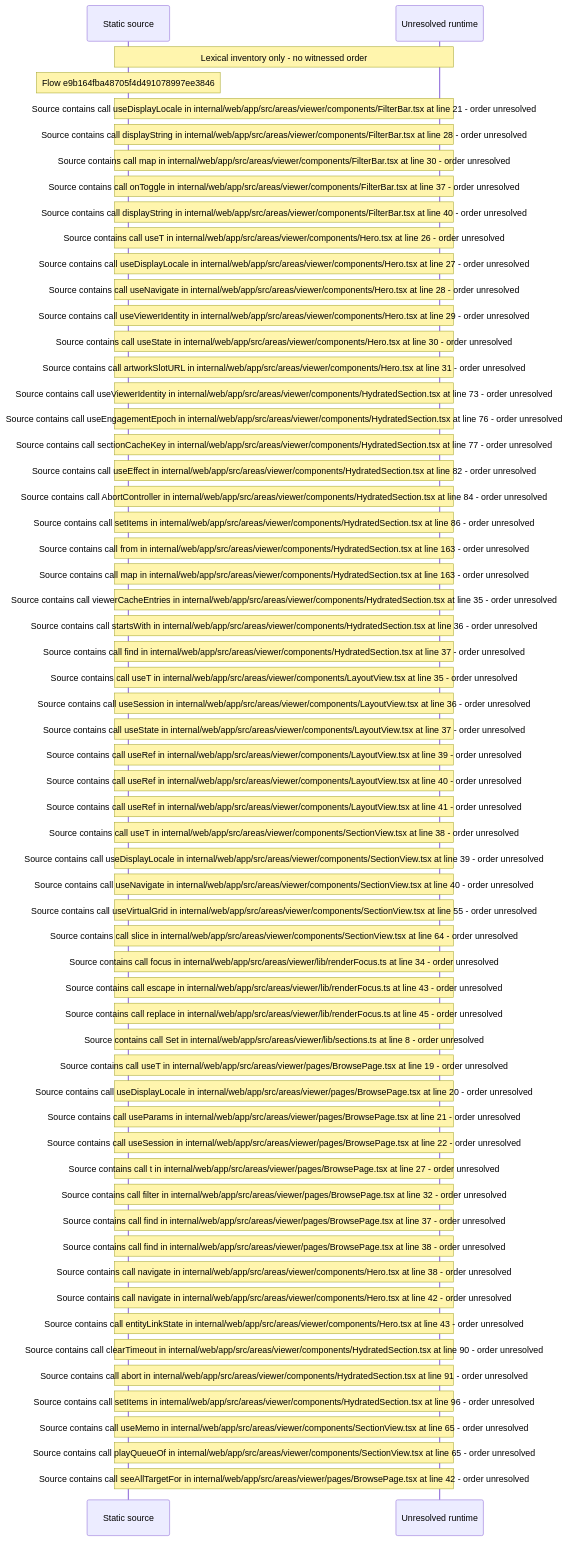
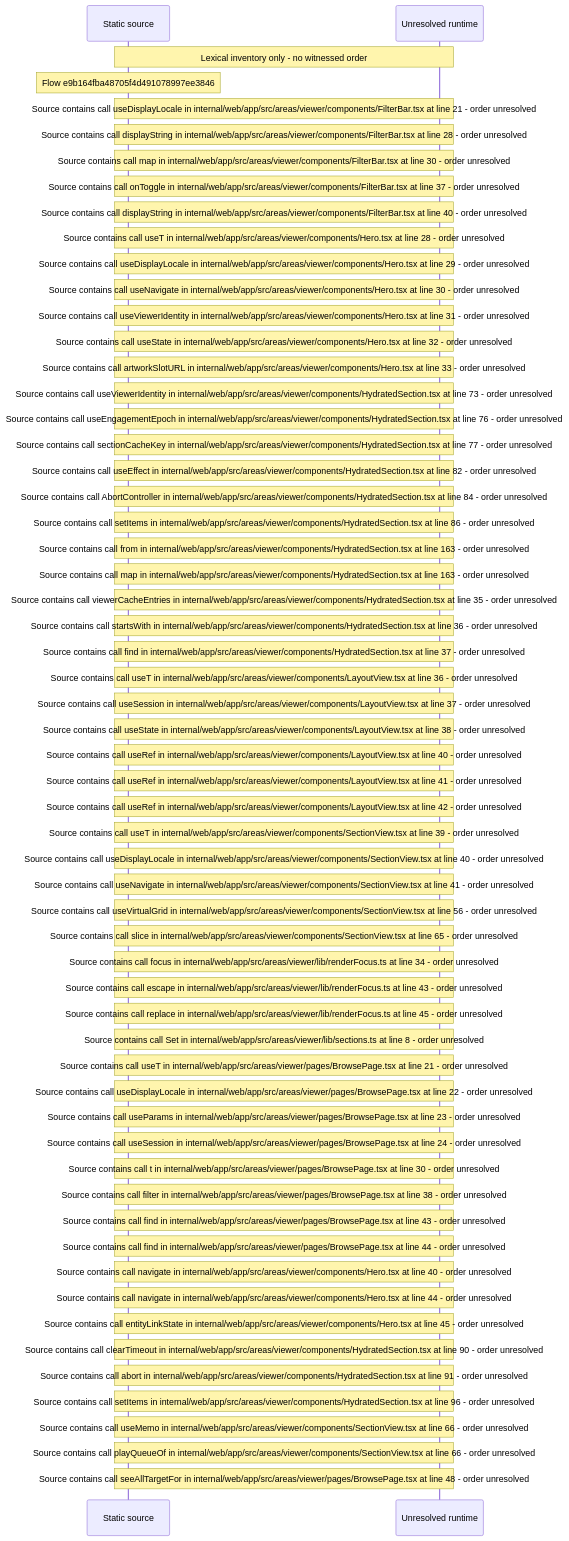
One commit to beamfall/core changed the diagram in docs/web/flows/generated/e9b164fba48705f4d491078997ee3846/flow-diagram.md. Above: the diagram before and after it, drawn with Mermaid. The commit also changed other lines of this file and 715 other files, not shown here.

First line of the commit message:
Regenerate the web flow record on main after CORE-1117

````diff
--- a/docs/web/flows/generated/e9b164fba48705f4d491078997ee3846/flow-diagram.md
+++ b/docs/web/flows/generated/e9b164fba48705f4d491078997ee3846/flow-diagram.md
@@ -10,61 +10,61 @@
 ```mermaid
 sequenceDiagram
     participant S as Static source
     participant U as Unresolved runtime
     Note over S,U: Lexical inventory only - no witnessed order
     Note over S: Flow e9b164fba48705f4d491078997ee3846
     Note over S,U: Source contains call useDisplayLocale in internal/web/app/src/areas/viewer/components/FilterBar.tsx at line 21 - order unresolved
     Note over S,U: Source contains call displayString in internal/web/app/src/areas/viewer/components/FilterBar.tsx at line 28 - order unresolved
     Note over S,U: Source contains call map in internal/web/app/src/areas/viewer/components/FilterBar.tsx at line 30 - order unresolved
     Note over S,U: Source contains call onToggle in internal/web/app/src/areas/viewer/components/FilterBar.tsx at line 37 - order unresolved
     Note over S,U: Source contains call displayString in internal/web/app/src/areas/viewer/components/FilterBar.tsx at line 40 - order unresolved
-    Note over S,U: Source contains call useT in internal/web/app/src/areas/viewer/components/Hero.tsx at line 26 - order unresolved
-    Note over S,U: Source contains call useDisplayLocale in internal/web/app/src/areas/viewer/components/Hero.tsx at line 27 - order unresolved
-    Note over S,U: Source contains call useNavigate in internal/web/app/src/areas/viewer/components/Hero.tsx at line 28 - order unresolved
-    Note over S,U: Source contains call useViewerIdentity in internal/web/app/src/areas/viewer/components/Hero.tsx at line 29 - order unresolved
-    Note over S,U: Source contains call useState in internal/web/app/src/areas/viewer/components/Hero.tsx at line 30 - order unresolved
-    Note over S,U: Source contains call artworkSlotURL in internal/web/app/src/areas/viewer/components/Hero.tsx at line 31 - order unresolved
+    Note over S,U: Source contains call useT in internal/web/app/src/areas/viewer/components/Hero.tsx at line 28 - order unresolved
+    Note over S,U: Source contains call useDisplayLocale in internal/web/app/src/areas/viewer/components/Hero.tsx at line 29 - order unresolved
+    Note over S,U: Source contains call useNavigate in internal/web/app/src/areas/viewer/components/Hero.tsx at line 30 - order unresolved
+    Note over S,U: Source contains call useViewerIdentity in internal/web/app/src/areas/viewer/components/Hero.tsx at line 31 - order unresolved
+    Note over S,U: Source contains call useState in internal/web/app/src/areas/viewer/components/Hero.tsx at line 32 - order unresolved
+    Note over S,U: Source contains call artworkSlotURL in internal/web/app/src/areas/viewer/components/Hero.tsx at line 33 - order unresolved
     Note over S,U: Source contains call useViewerIdentity in internal/web/app/src/areas/viewer/components/HydratedSection.tsx at line 73 - order unresolved
     Note over S,U: Source contains call useEngagementEpoch in internal/web/app/src/areas/viewer/components/HydratedSection.tsx at line 76 - order unresolved
     Note over S,U: Source contains call sectionCacheKey in internal/web/app/src/areas/viewer/components/HydratedSection.tsx at line 77 - order unresolved
     Note over S,U: Source contains call useEffect in internal/web/app/src/areas/viewer/components/HydratedSection.tsx at line 82 - order unresolved
     Note over S,U: Source contains call AbortController in internal/web/app/src/areas/viewer/components/HydratedSection.tsx at line 84 - order unresolved
     Note over S,U: Source contains call setItems in internal/web/app/src/areas/viewer/components/HydratedSection.tsx at line 86 - order unresolved
     Note over S,U: Source contains call from in internal/web/app/src/areas/viewer/components/HydratedSection.tsx at line 163 - order unresolved
     Note over S,U: Source contains call map in internal/web/app/src/areas/viewer/components/HydratedSection.tsx at line 163 - order unresolved
     Note over S,U: Source contains call viewerCacheEntries in internal/web/app/src/areas/viewer/components/HydratedSection.tsx at line 35 - order unresolved
     Note over S,U: Source contains call startsWith in internal/web/app/src/areas/viewer/components/HydratedSection.tsx at line 36 - order unresolved
     Note over S,U: Source contains call find in internal/web/app/src/areas/viewer/components/HydratedSection.tsx at line 37 - order unresolved
-    Note over S,U: Source contains call useT in internal/web/app/src/areas/viewer/components/LayoutView.tsx at line 35 - order unresolved
-    Note over S,U: Source contains call useSession in internal/web/app/src/areas/viewer/components/LayoutView.tsx at line 36 - order unresolved
-    Note over S,U: Source contains call useState in internal/web/app/src/areas/viewer/components/LayoutView.tsx at line 37 - order unresolved
-    Note over S,U: Source contains call useRef in internal/web/app/src/areas/viewer/components/LayoutView.tsx at line 39 - order unresolved
+    Note over S,U: Source contains call useT in internal/web/app/src/areas/viewer/components/LayoutView.tsx at line 36 - order unresolved
+    Note over S,U: Source contains call useSession in internal/web/app/src/areas/viewer/components/LayoutView.tsx at line 37 - order unresolved
+    Note over S,U: Source contains call useState in internal/web/app/src/areas/viewer/components/LayoutView.tsx at line 38 - order unresolved
     Note over S,U: Source contains call useRef in internal/web/app/src/areas/viewer/components/LayoutView.tsx at line 40 - order unresolved
     Note over S,U: Source contains call useRef in internal/web/app/src/areas/viewer/components/LayoutView.tsx at line 41 - order unresolved
-    Note over S,U: Source contains call useT in internal/web/app/src/areas/viewer/components/SectionView.tsx at line 38 - order unresolved
-    Note over S,U: Source contains call useDisplayLocale in internal/web/app/src/areas/viewer/components/SectionView.tsx at line 39 - order unresolved
-    Note over S,U: Source contains call useNavigate in internal/web/app/src/areas/viewer/components/SectionView.tsx at line 40 - order unresolved
-    Note over S,U: Source contains call useVirtualGrid in internal/web/app/src/areas/viewer/components/SectionView.tsx at line 55 - order unresolved
-    Note over S,U: Source contains call slice in internal/web/app/src/areas/viewer/components/SectionView.tsx at line 64 - order unresolved
+    Note over S,U: Source contains call useRef in internal/web/app/src/areas/viewer/components/LayoutView.tsx at line 42 - order unresolved
+    Note over S,U: Source contains call useT in internal/web/app/src/areas/viewer/components/SectionView.tsx at line 39 - order unresolved
+    Note over S,U: Source contains call useDisplayLocale in internal/web/app/src/areas/viewer/components/SectionView.tsx at line 40 - order unresolved
+    Note over S,U: Source contains call useNavigate in internal/web/app/src/areas/viewer/components/SectionView.tsx at line 41 - order unresolved
+    Note over S,U: Source contains call useVirtualGrid in internal/web/app/src/areas/viewer/components/SectionView.tsx at line 56 - order unresolved
+    Note over S,U: Source contains call slice in internal/web/app/src/areas/viewer/components/SectionView.tsx at line 65 - order unresolved
     Note over S,U: Source contains call focus in internal/web/app/src/areas/viewer/lib/renderFocus.ts at line 34 - order unresolved
     Note over S,U: Source contains call escape in internal/web/app/src/areas/viewer/lib/renderFocus.ts at line 43 - order unresolved
     Note over S,U: Source contains call replace in internal/web/app/src/areas/viewer/lib/renderFocus.ts at line 45 - order unresolved
     Note over S,U: Source contains call Set in internal/web/app/src/areas/viewer/lib/sections.ts at line 8 - order unresolved
-    Note over S,U: Source contains call useT in internal/web/app/src/areas/viewer/pages/BrowsePage.tsx at line 19 - order unresolved
-    Note over S,U: Source contains call useDisplayLocale in internal/web/app/src/areas/viewer/pages/BrowsePage.tsx at line 20 - order unresolved
-    Note over S,U: Source contains call useParams in internal/web/app/src/areas/viewer/pages/BrowsePage.tsx at line 21 - order unresolved
-    Note over S,U: Source contains call useSession in internal/web/app/src/areas/viewer/pages/BrowsePage.tsx at line 22 - order unresolved
-    Note over S,U: Source contains call t in internal/web/app/src/areas/viewer/pages/BrowsePage.tsx at line 27 - order unresolved
-    Note over S,U: Source contains call filter in internal/web/app/src/areas/viewer/pages/BrowsePage.tsx at line 32 - order unresolved
-    Note over S,U: Source contains call find in internal/web/app/src/areas/viewer/pages/BrowsePage.tsx at line 37 - order unresolved
-    Note over S,U: Source contains call find in internal/web/app/src/areas/viewer/pages/BrowsePage.tsx at line 38 - order unresolved
-    Note over S,U: Source contains call navigate in internal/web/app/src/areas/viewer/components/Hero.tsx at line 38 - order unresolved
-    Note over S,U: Source contains call navigate in internal/web/app/src/areas/viewer/components/Hero.tsx at line 42 - order unresolved
-    Note over S,U: Source contains call entityLinkState in internal/web/app/src/areas/viewer/components/Hero.tsx at line 43 - order unresolved
+    Note over S,U: Source contains call useT in internal/web/app/src/areas/viewer/pages/BrowsePage.tsx at line 21 - order unresolved
+    Note over S,U: Source contains call useDisplayLocale in internal/web/app/src/areas/viewer/pages/BrowsePage.tsx at line 22 - order unresolved
+    Note over S,U: Source contains call useParams in internal/web/app/src/areas/viewer/pages/BrowsePage.tsx at line 23 - order unresolved
+    Note over S,U: Source contains call useSession in internal/web/app/src/areas/viewer/pages/BrowsePage.tsx at line 24 - order unresolved
+    Note over S,U: Source contains call t in internal/web/app/src/areas/viewer/pages/BrowsePage.tsx at line 30 - order unresolved
+    Note over S,U: Source contains call filter in internal/web/app/src/areas/viewer/pages/BrowsePage.tsx at line 38 - order unresolved
+    Note over S,U: Source contains call find in internal/web/app/src/areas/viewer/pages/BrowsePage.tsx at line 43 - order unresolved
+    Note over S,U: Source contains call find in internal/web/app/src/areas/viewer/pages/BrowsePage.tsx at line 44 - order unresolved
+    Note over S,U: Source contains call navigate in internal/web/app/src/areas/viewer/components/Hero.tsx at line 40 - order unresolved
+    Note over S,U: Source contains call navigate in internal/web/app/src/areas/viewer/components/Hero.tsx at line 44 - order unresolved
+    Note over S,U: Source contains call entityLinkState in internal/web/app/src/areas/viewer/components/Hero.tsx at line 45 - order unresolved
     Note over S,U: Source contains call clearTimeout in internal/web/app/src/areas/viewer/components/HydratedSection.tsx at line 90 - order unresolved
     Note over S,U: Source contains call abort in internal/web/app/src/areas/viewer/components/HydratedSection.tsx at line 91 - order unresolved
     Note over S,U: Source contains call setItems in internal/web/app/src/areas/viewer/components/HydratedSection.tsx at line 96 - order unresolved
-    Note over S,U: Source contains call useMemo in internal/web/app/src/areas/viewer/components/SectionView.tsx at line 65 - order unresolved
-    Note over S,U: Source contains call playQueueOf in internal/web/app/src/areas/viewer/components/SectionView.tsx at line 65 - order unresolved
-    Note over S,U: Source contains call seeAllTargetFor in internal/web/app/src/areas/viewer/pages/BrowsePage.tsx at line 42 - order unresolved
+    Note over S,U: Source contains call useMemo in internal/web/app/src/areas/viewer/components/SectionView.tsx at line 66 - order unresolved
+    Note over S,U: Source contains call playQueueOf in internal/web/app/src/areas/viewer/components/SectionView.tsx at line 66 - order unresolved
+    Note over S,U: Source contains call seeAllTargetFor in internal/web/app/src/areas/viewer/pages/BrowsePage.tsx at line 48 - order unresolved
 ```
````
